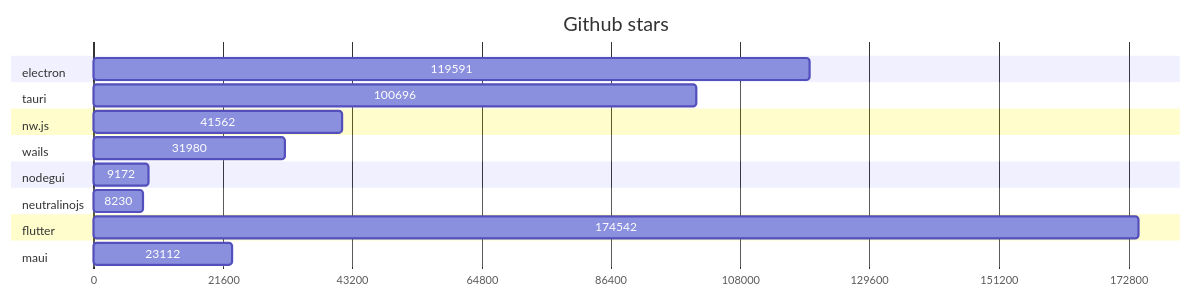
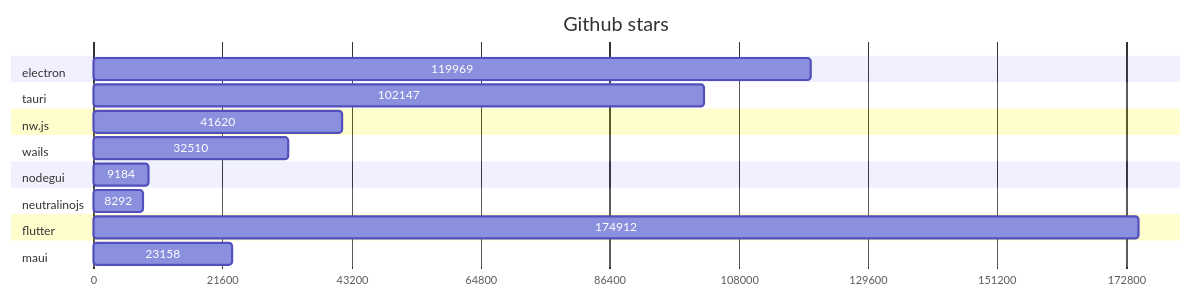
The first of 2 diagrams in GRAPHS.md (Elanis/web-to-desktop-framework-comparison), drawn with Mermaid before and after one commit. The commit also changed other lines of this file and 2 other files, not shown here.

Commit message:
Update stars & Fork

````diff
--- a/GRAPHS.md
+++ b/GRAPHS.md
@@ -5,40 +5,40 @@
 ```mermaid
 gantt
     title Github stars
     dateFormat  X
     axisFormat %s
 
 
 	section electron
-	119591 : 0, 119591
+	119969 : 0, 119969
 
 	
 	section tauri
-	100696 : 0, 100696
+	102147 : 0, 102147
 
 	
 	section nw.js
-	41562 : 0, 41562
+	41620 : 0, 41620
 
 	
 	section wails
-	31980 : 0, 31980
+	32510 : 0, 32510
 
 	
 	section nodegui
-	9172 : 0, 9172
+	9184 : 0, 9184
 
 	
 	section neutralinojs
-	8230 : 0, 8230
+	8292 : 0, 8292
 
 	
 	section flutter
-	174542 : 0, 174542
+	174912 : 0, 174912
 
 	
 	section maui
-	23112 : 0, 23112
+	23158 : 0, 23158
 
 	
 ```
````
